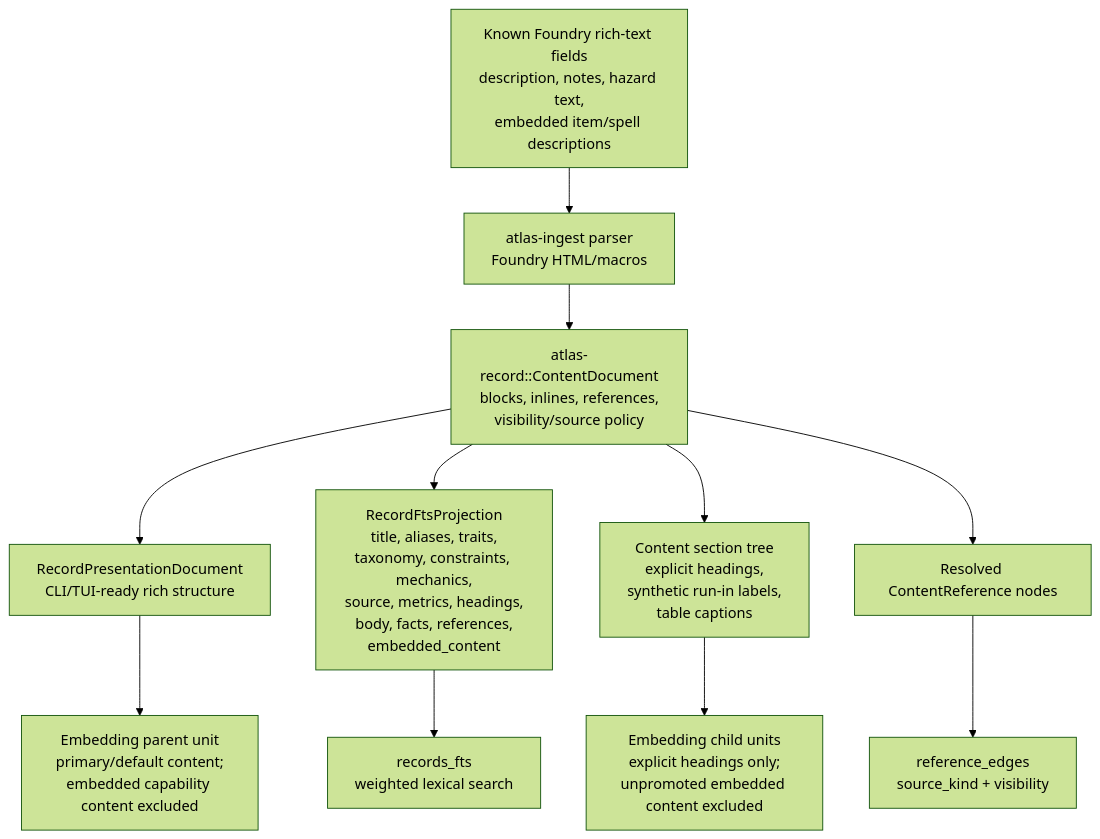
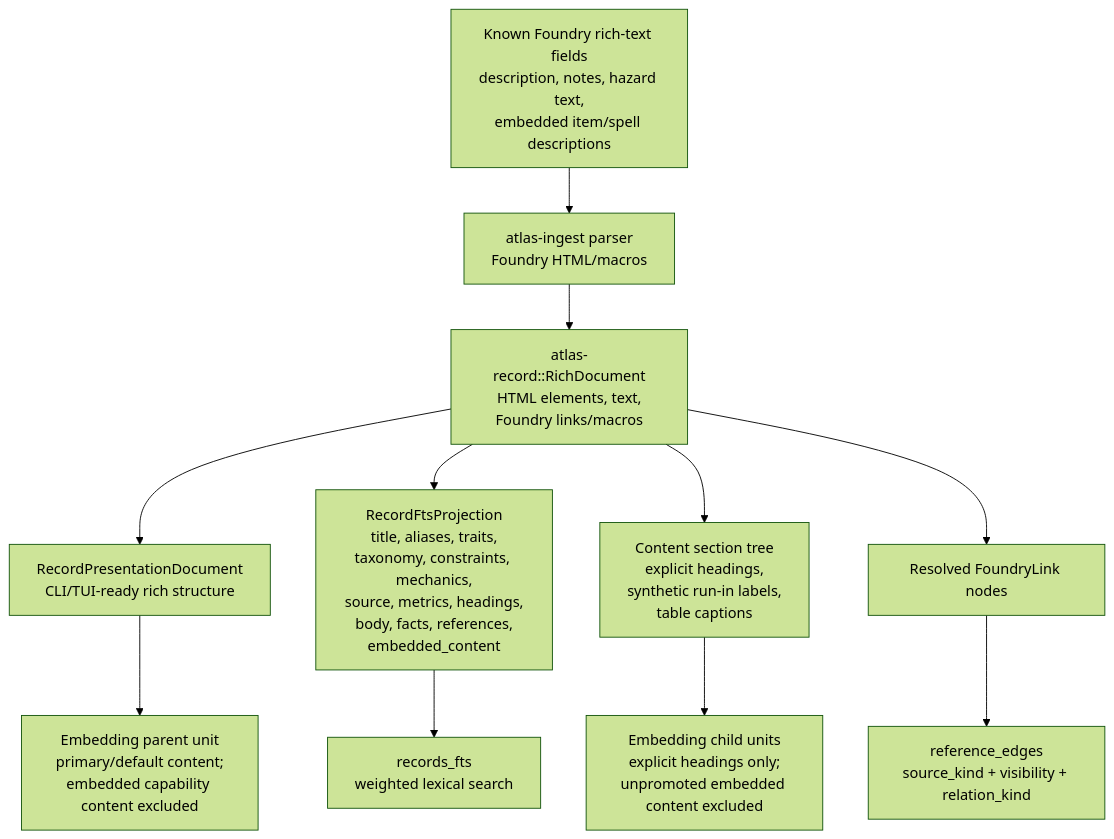
One commit to e-kosten/pf2e-atlas changed the third of 4 diagrams in docs/architecture/runtime.md. Above: the diagram before and after it, drawn with Mermaid (forest theme). The commit also changed other lines of this file and 67 other files, not shown here.

Commit message:
feat: migrate rich content document model

````diff
--- a/docs/architecture/runtime.md
+++ b/docs/architecture/runtime.md
@@ -83,15 +83,15 @@
 ```mermaid
 flowchart TD
     markup["Known Foundry rich-text fields<br/>description, notes, hazard text,<br/>embedded item/spell descriptions"] --> parser["atlas-ingest parser<br/>Foundry HTML/macros"]
-    parser --> doc["atlas-record::ContentDocument<br/>blocks, inlines, references,<br/>visibility/source policy"]
+    parser --> doc["atlas-record::RichDocument<br/>HTML elements, text,<br/>Foundry links/macros"]
 
     doc --> presentation["RecordPresentationDocument<br/>CLI/TUI-ready rich structure"]
     doc --> fts["RecordFtsProjection<br/>title, aliases, traits,<br/>taxonomy, constraints, mechanics,<br/>source, metrics, headings,<br/>body, facts, references,<br/>embedded_content"]
     doc --> tree["Content section tree<br/>explicit headings,<br/>synthetic run-in labels,<br/>table captions"]
-    doc --> refs["Resolved ContentReference nodes"]
+    doc --> refs["Resolved FoundryLink nodes"]
 
     presentation --> parentEmbedding["Embedding parent unit<br/>primary/default content;<br/>embedded capability content excluded"]
     tree --> childEmbedding["Embedding child units<br/>explicit headings only;<br/>unpromoted embedded content excluded"]
-    refs --> edges["reference_edges<br/>source_kind + visibility"]
+    refs --> edges["reference_edges<br/>source_kind + visibility + relation_kind"]
     fts --> recordsFts["records_fts<br/>weighted lexical search"]
 ```
````
